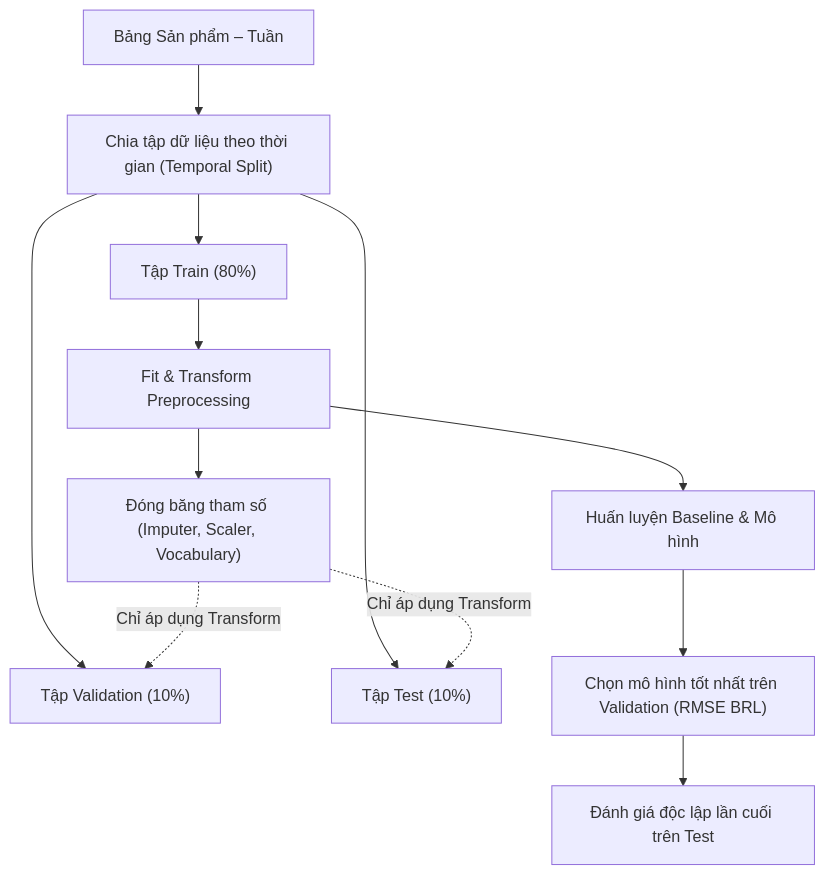
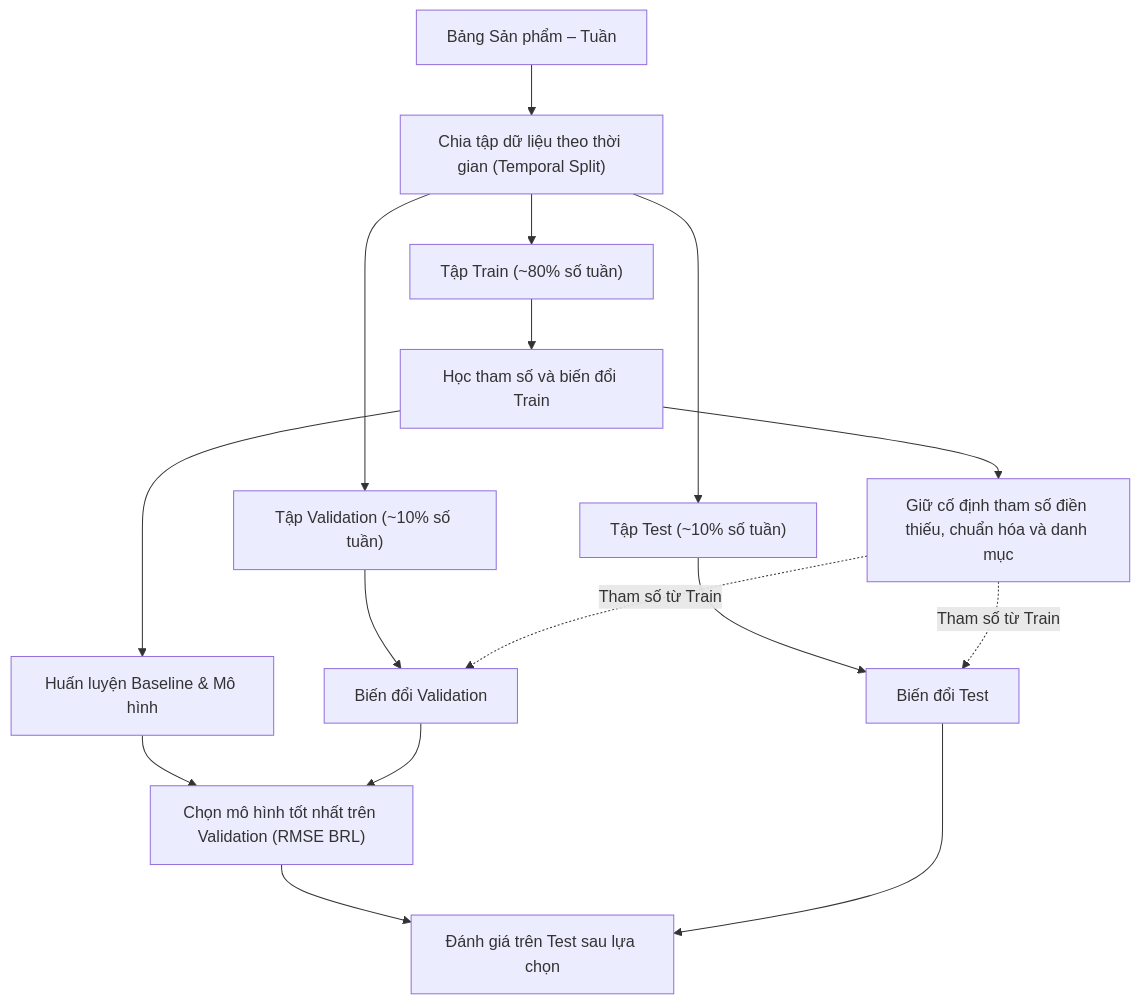
The second of 2 diagrams in docs/algorithms/design.md (iamtien77/sales_predictor), drawn with Mermaid before and after one commit. The commit also changed other lines of this file and 8 other files, not shown here.

````diff
--- a/docs/algorithms/design.md
+++ b/docs/algorithms/design.md
@@ -115,14 +119,18 @@
 ```mermaid
 flowchart TD
     A["Bảng Sản phẩm – Tuần"] --> B["Chia tập dữ liệu theo thời gian (Temporal Split)"]
-    B --> C["Tập Train (80%)"]
-    B --> D["Tập Validation (10%)"]
-    B --> E["Tập Test (10%)"]
-    C --> F["Fit & Transform Preprocessing"]
-    F --> G["Đóng băng tham số (Imputer, Scaler, Vocabulary)"]
-    G -.->|Chỉ áp dụng Transform| D
-    G -.->|Chỉ áp dụng Transform| E
+    B --> C["Tập Train (~80% số tuần)"]
+    B --> D["Tập Validation (~10% số tuần)"]
+    B --> E["Tập Test (~10% số tuần)"]
+    C --> F["Học tham số và biến đổi Train"]
+    F --> G["Giữ cố định tham số điền thiếu, chuẩn hóa và danh mục"]
+    D --> V["Biến đổi Validation"]
+    E --> T["Biến đổi Test"]
+    G -.->|Tham số từ Train| V
+    G -.->|Tham số từ Train| T
     F --> H["Huấn luyện Baseline & Mô hình"]
     H --> I["Chọn mô hình tốt nhất trên Validation (RMSE BRL)"]
-    I --> J["Đánh giá độc lập lần cuối trên Test"]
+    V --> I
+    I --> J["Đánh giá trên Test sau lựa chọn"]
+    T --> J
 ```
````
